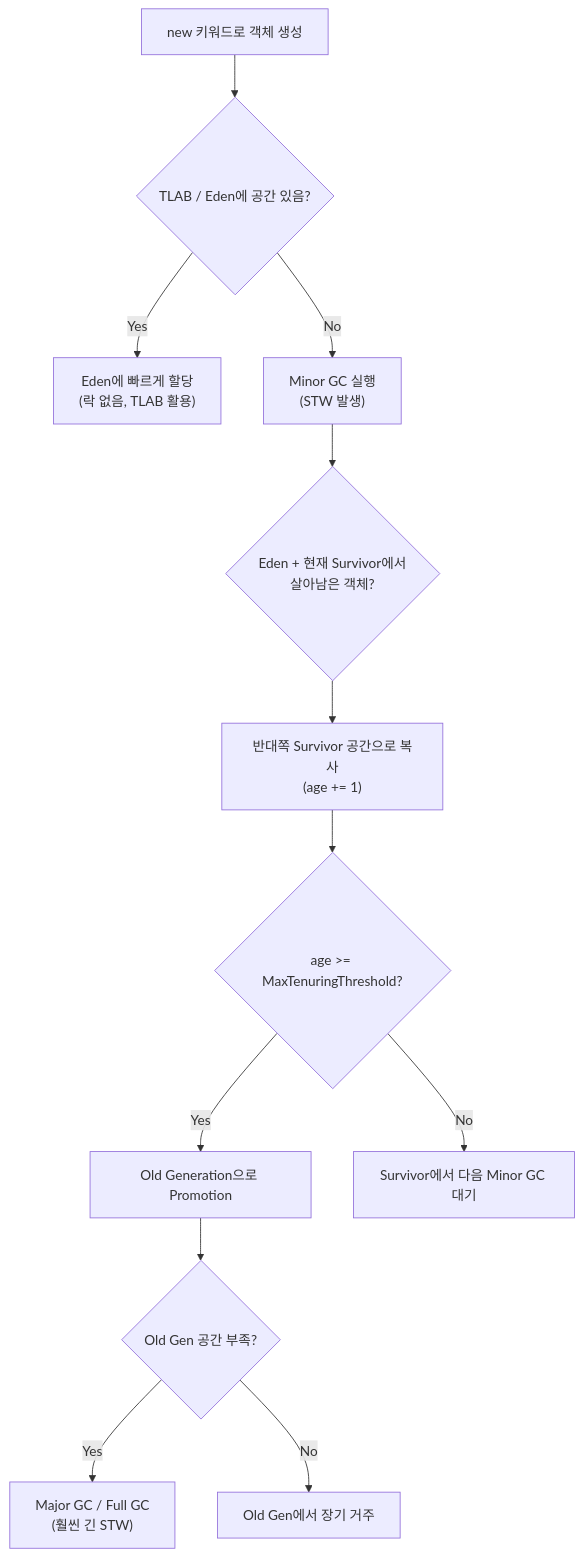
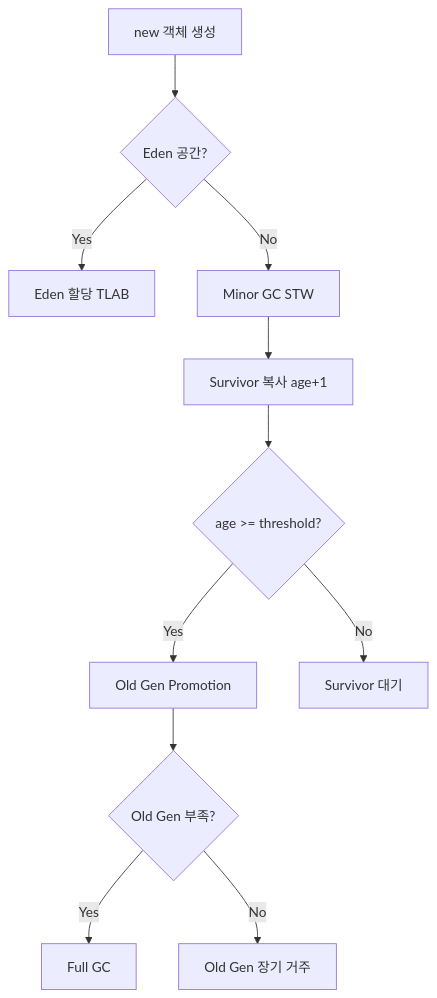
The fourth of 7 diagrams in _posts/java/2026-05-02-jvm-architecture.md (yjkim2015/yjkim2015.github.io), drawn with Mermaid before and after one commit. The commit also changed other lines of this file and 215 other files, not shown here.

First line of the commit message:
신규 포스트 10개 추가 + Mermaid 전면 축소 + SystemDesign 시리즈 보강

````diff
--- a/_posts/java/2026-05-02-jvm-architecture.md
+++ b/_posts/java/2026-05-02-jvm-architecture.md
@@ -404,14 +376,13 @@
 ```mermaid
 flowchart TD
-    A["new 키워드로 객체 생성"] --> B{"TLAB / Eden에 공간 있음?"}
-    B -->|Yes| C["Eden에 빠르게 할당\n(락 없음, TLAB 활용)"]
-    B -->|No| D["Minor GC 실행\n(STW 발생)"]
-    D --> E{"Eden + 현재 Survivor에서\n살아남은 객체?"}
-    E --> F["반대쪽 Survivor 공간으로 복사\n(age += 1)"]
-    F --> G{"age >= MaxTenuringThreshold?"}
-    G -->|Yes| H["Old Generation으로 Promotion"]
-    G -->|No| I["Survivor에서 다음 Minor GC 대기"]
-    H --> J{"Old Gen 공간 부족?"}
-    J -->|Yes| K["Major GC / Full GC\n(훨씬 긴 STW)"]
-    J -->|No| L["Old Gen에서 장기 거주"]
+    A["new 객체 생성"] --> B{"Eden 공간?"}
+    B -->|Yes| C["Eden 할당 TLAB"]
+    B -->|No| D["Minor GC STW"]
+    D --> F["Survivor 복사 age+1"]
+    F --> G{"age >= threshold?"}
+    G -->|Yes| H["Old Gen Promotion"]
+    G -->|No| I["Survivor 대기"]
+    H --> J{"Old Gen 부족?"}
+    J -->|Yes| K["Full GC"]
+    J -->|No| L["Old Gen 장기 거주"]
 ```
````
